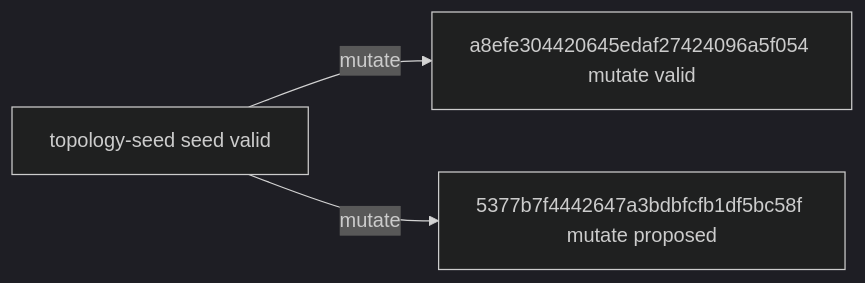
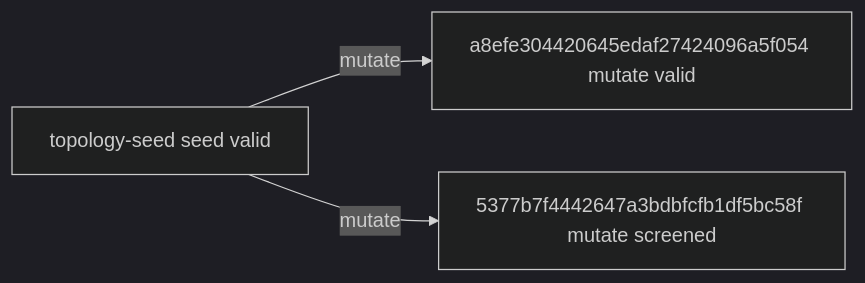
The diagram in experiments/campaigns/astra-group-numerical-v3/README.md (timbtz/feyer-search-lab), drawn with Mermaid (dark theme) before and after one commit. The commit also changed other lines of this file and 7 other files, not shown here.

````diff
--- a/experiments/campaigns/astra-group-numerical-v3/README.md
+++ b/experiments/campaigns/astra-group-numerical-v3/README.md
@@ -21,8 +21,8 @@
 ```mermaid
 graph LR
   n0["topology-seed seed valid"]
   n1["a8efe304420645edaf27424096a5f054 mutate valid"]
-  n2["5377b7f4442647a3bdbfcfb1df5bc58f mutate proposed"]
+  n2["5377b7f4442647a3bdbfcfb1df5bc58f mutate screened"]
   n0 -->|mutate| n1
   n0 -->|mutate| n2
 ```
````
